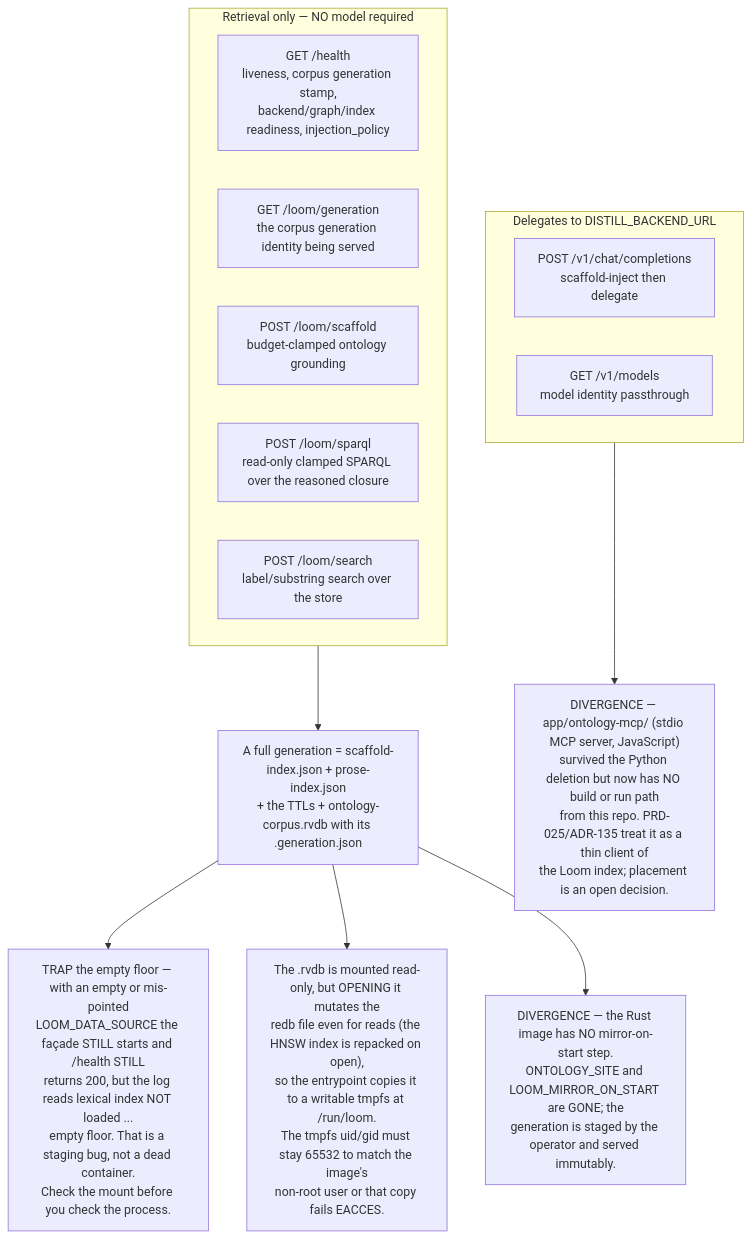
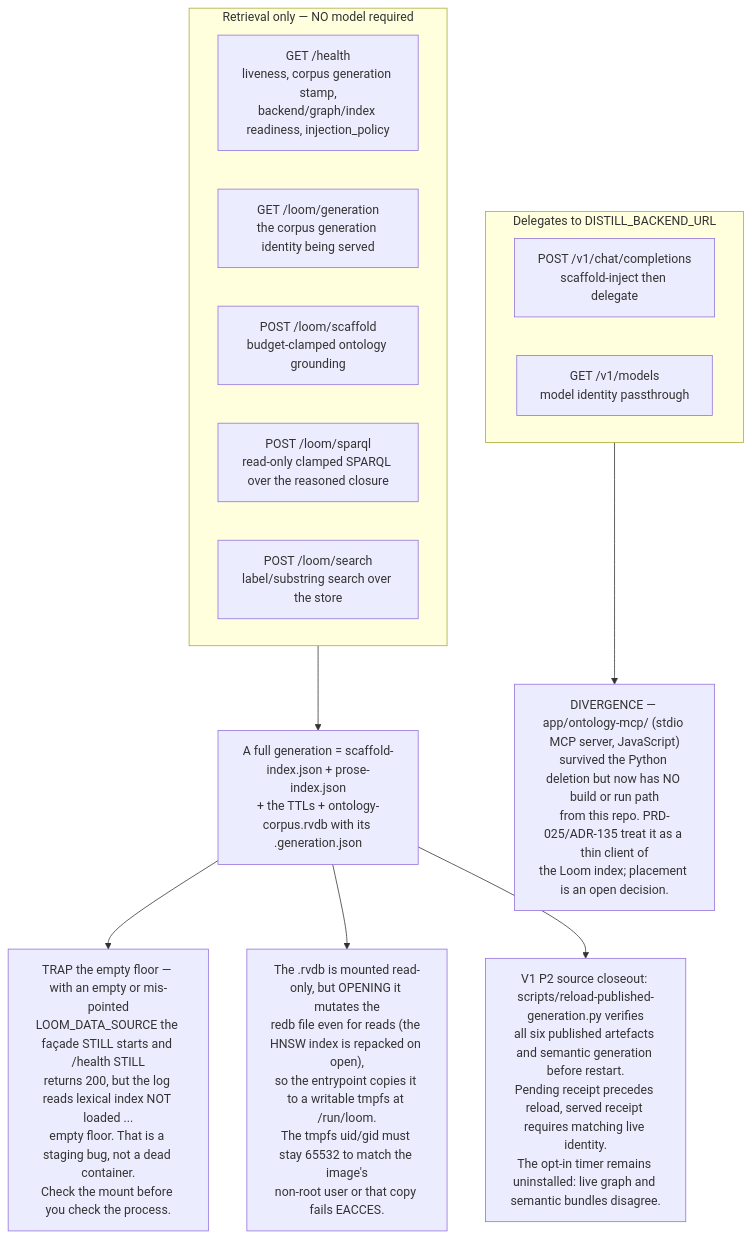
Before and after one commit to DreamLab-AI/VisionFlow: the sixth of 10 diagrams in docs/diagrams/estate/06-loom-and-email-privacy-path.md, drawn with Mermaid. The commit also changed other lines of this file and 7 other files, not shown here.

Commit message:
docs(diagrams): bind closeout security and retrieval flows to source

````diff
--- a/docs/diagrams/estate/06-loom-and-email-privacy-path.md
+++ b/docs/diagrams/estate/06-loom-and-email-privacy-path.md
@@ -189,25 +191,25 @@
 ```mermaid
 flowchart TB
     subgraph nomodel["Retrieval only — NO model required"]
         E1["GET /health<br/>liveness, corpus generation stamp,<br/>backend/graph/index readiness, injection_policy"]
         E2["GET /loom/generation<br/>the corpus generation identity being served"]
         E3["POST /loom/scaffold<br/>budget-clamped ontology grounding"]
         E4["POST /loom/sparql<br/>read-only clamped SPARQL over the reasoned closure"]
         E5["POST /loom/search<br/>label/substring search over the store"]
     end
     subgraph needsmodel["Delegates to DISTILL_BACKEND_URL"]
         E6["POST /v1/chat/completions<br/>scaffold-inject then delegate"]
         E7["GET /v1/models<br/>model identity passthrough"]
     end
     GEN["A full generation = scaffold-index.json + prose-index.json<br/>+ the TTLs + ontology-corpus.rvdb with its .generation.json"]
     T1["TRAP the empty floor — with an empty or mis-pointed<br/>LOOM_DATA_SOURCE the façade STILL starts and /health STILL<br/>returns 200, but the log reads lexical index NOT loaded ...<br/>empty floor. That is a staging bug, not a dead container.<br/>Check the mount before you check the process."]
     T2["The .rvdb is mounted read-only, but OPENING it mutates the<br/>redb file even for reads (the HNSW index is repacked on open),<br/>so the entrypoint copies it to a writable tmpfs at /run/loom.<br/>The tmpfs uid/gid must stay 65532 to match the image's<br/>non-root user or that copy fails EACCES."]
-    D1["DIVERGENCE — the Rust image has NO mirror-on-start step.<br/>ONTOLOGY_SITE and LOOM_MIRROR_ON_START are GONE; the<br/>generation is staged by the operator and served immutably."]
+    D1["V1 P2 source closeout: scripts/reload-published-generation.py verifies<br/>all six published artefacts and semantic generation before restart.<br/>Pending receipt precedes reload, served receipt requires matching live identity.<br/>The opt-in timer remains uninstalled: live graph and semantic bundles disagree."]
     D2["DIVERGENCE — app/ontology-mcp/ (stdio MCP server, JavaScript)<br/>survived the Python deletion but now has NO build or run path<br/>from this repo. PRD-025/ADR-135 treat it as a thin client of<br/>the Loom index; placement is an open decision."]
 
     nomodel --> GEN
     GEN --> T1
     GEN --> T2
     GEN --> D1
     needsmodel --> D2
 ```
````
